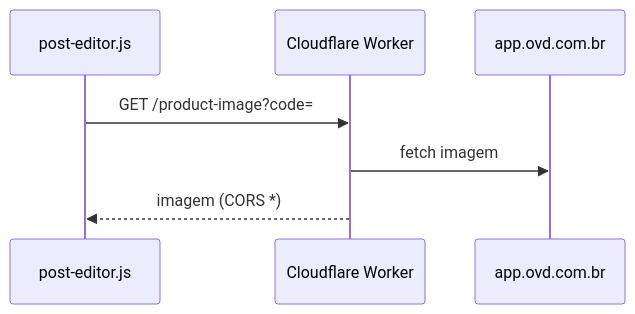
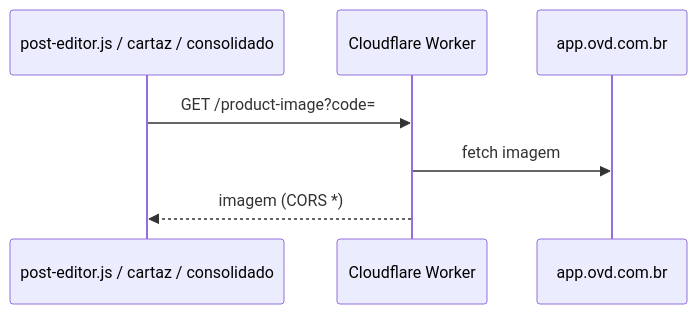
One commit to vonderferramentas-coder/portalmktovd changed the fifth of 6 diagrams in docs/CODEBASE_MAP.md. Above: the diagram before and after it, drawn with Mermaid. The commit also changed other lines of this file and 15 other files, not shown here.

````diff
--- a/docs/CODEBASE_MAP.md
+++ b/docs/CODEBASE_MAP.md
@@ -292,10 +435,9 @@
 ```mermaid
 sequenceDiagram
-    participant Editor as post-editor.js
+    participant Editor as post-editor.js / cartaz / consolidado
     participant Worker as Cloudflare Worker
     participant Ovd as app.ovd.com.br
-
     Editor->>Worker: GET /product-image?code=
     Worker->>Ovd: fetch imagem
     Worker-->>Editor: imagem (CORS *)
 ```
````
